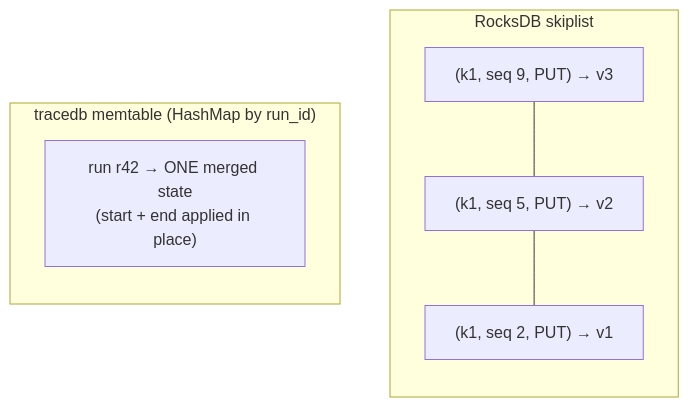
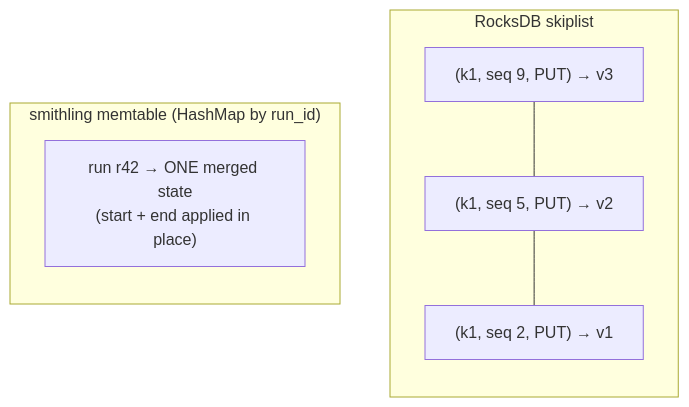
The third of 9 diagrams in ROCKSDB_COMPARISON.md (liukai/smithling), drawn with Mermaid before and after one commit. The commit also changed other lines of this file and 199 other files, not shown here.

First line of the commit message:
refactor: rename tracedb to Smithling (D-037)

````diff
--- a/ROCKSDB_COMPARISON.md
+++ b/ROCKSDB_COMPARISON.md
@@ -92,14 +92,14 @@
 ```mermaid
 flowchart TB
     subgraph R["RocksDB skiplist"]
         direction TB
         RA["(k1, seq 9, PUT) → v3"]
         RB["(k1, seq 5, PUT) → v2"]
         RC["(k1, seq 2, PUT) → v1"]
         RA --- RB --- RC
     end
-    subgraph T["tracedb memtable (HashMap by run_id)"]
+    subgraph T["smithling memtable (HashMap by run_id)"]
         direction TB
         TA["run r42 → ONE merged state<br/>(start + end applied in place)"]
     end
 ```
````
